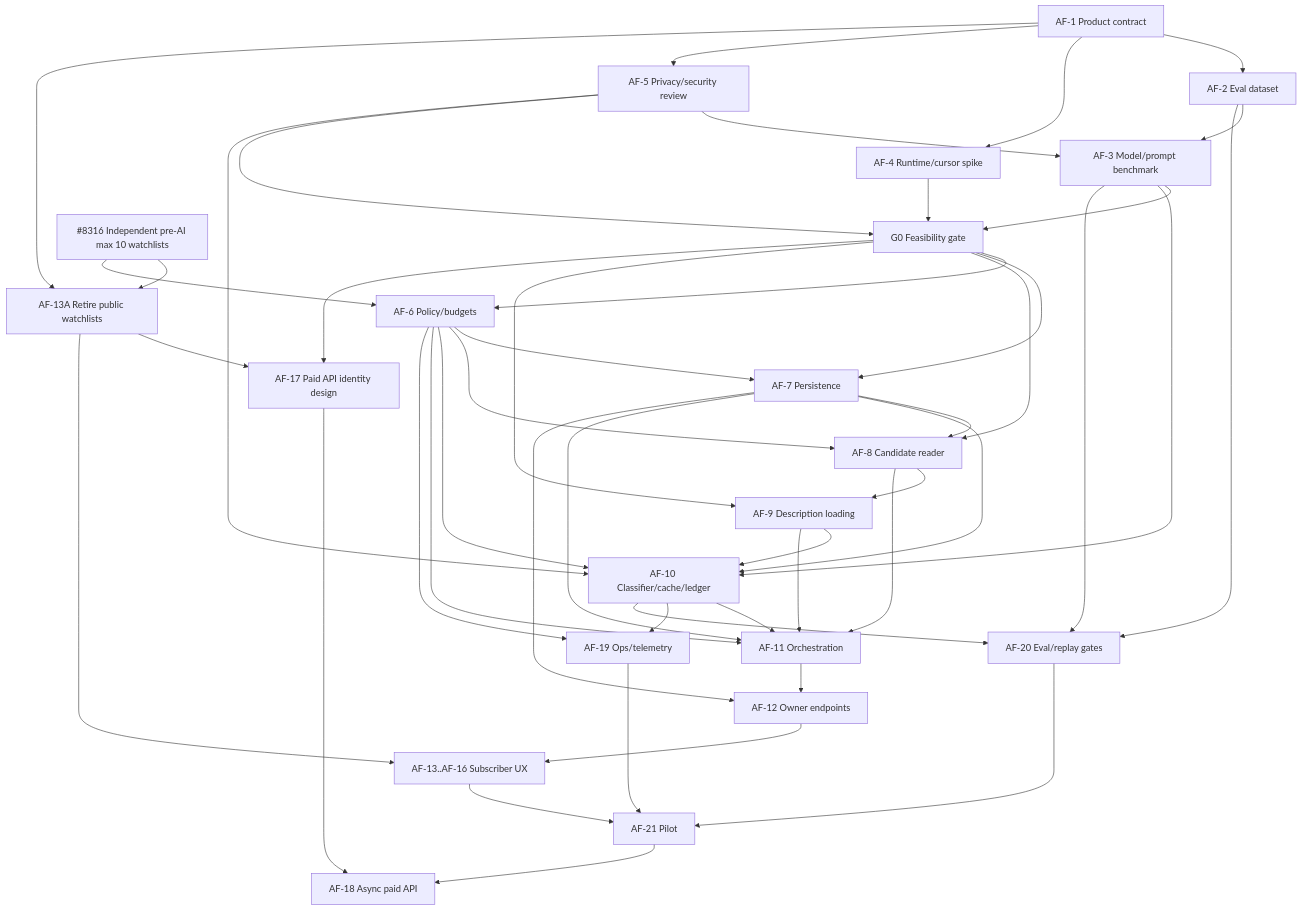
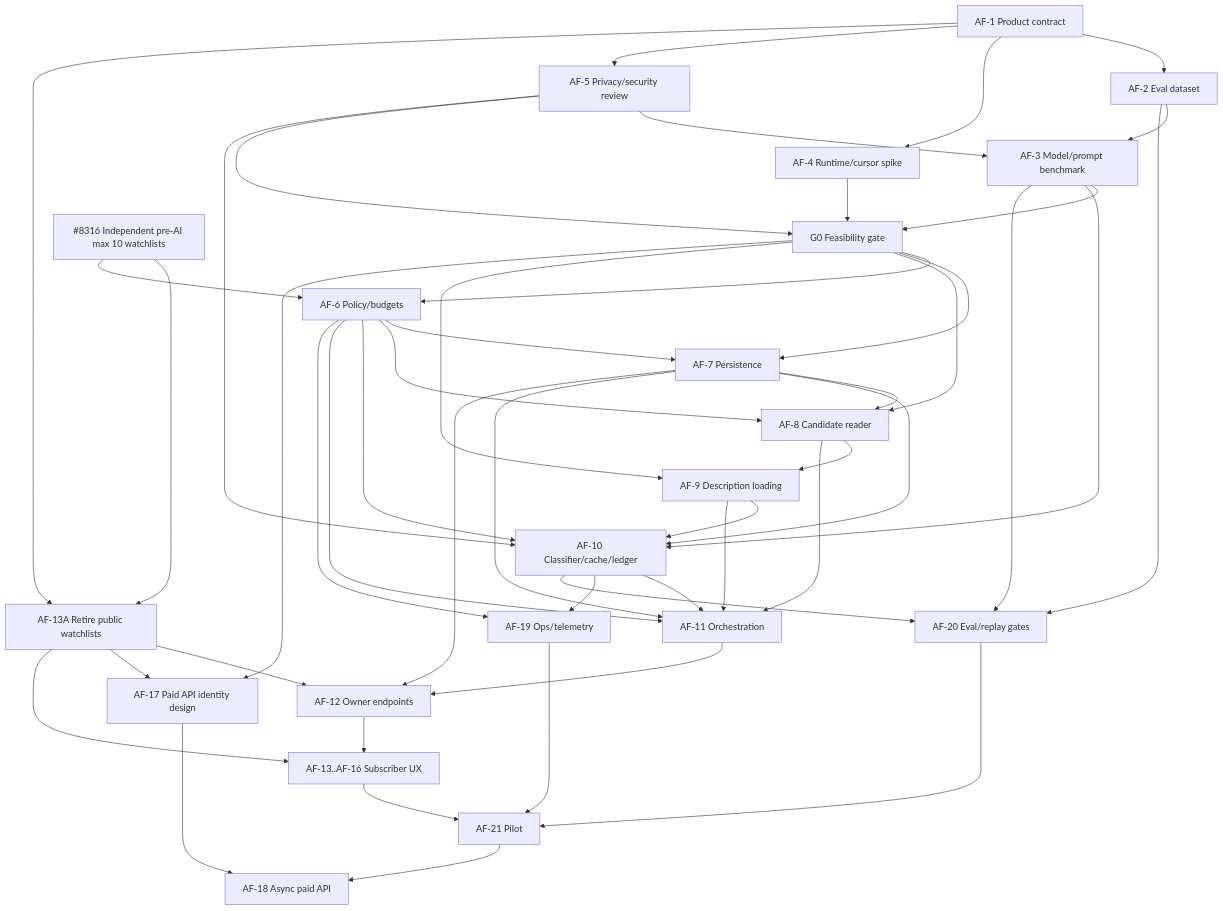
One commit to colophon-group/jobseek changed the second of 2 diagrams in docs/24-ai-filter.md. Above: the diagram before and after it, drawn with Mermaid.

Commit message:
Order AI endpoints after owner boundary

````diff
--- a/docs/24-ai-filter.md
+++ b/docs/24-ai-filter.md
@@ -1674,49 +1674,50 @@
 ```mermaid
 flowchart TD
     A1["AF-1 Product contract"] --> A2["AF-2 Eval dataset"]
     A1 --> A4["AF-4 Runtime/cursor spike"]
     A1 --> A5["AF-5 Privacy/security review"]
     A2 --> A3["AF-3 Model/prompt benchmark"]
     A5 --> A3
     A3 --> G0["G0 Feasibility gate"]
     A4 --> G0
     A5 --> G0
     L["#8316 Independent pre-AI max 10 watchlists"]
     A1 --> W["AF-13A Retire public watchlists"]
     L --> W
     G0 --> F6["AF-6 Policy/budgets"]
     G0 --> F7["AF-7 Persistence"]
     G0 --> F8["AF-8 Candidate reader"]
     G0 --> F9["AF-9 Description loading"]
     L --> F6
     F6 --> F7
     F6 --> F8
     F7 --> F8
     F8 --> F9
     A3 --> F10["AF-10 Classifier/cache/ledger"]
     A5 --> F10
     F6 --> F10
     F7 --> F10
     F9 --> F10
     F6 --> F11["AF-11 Orchestration"]
     F7 --> F11
     F8 --> F11
     F9 --> F11
     F10 --> F11
     F7 --> F12["AF-12 Owner endpoints"]
     F11 --> F12
+    W --> F12
     G0 --> I["AF-17 Paid API identity design"]
     W --> I
     F12 --> U["AF-13..AF-16 Subscriber UX"]
     W --> U
     F6 --> O19["AF-19 Ops/telemetry"]
     F10 --> O19
     A2 --> O20["AF-20 Eval/replay gates"]
     A3 --> O20
     F10 --> O20
     U --> P["AF-21 Pilot"]
     O19 --> P
     O20 --> P
     I --> API["AF-18 Async paid API"]
     P --> API
 ```
````
